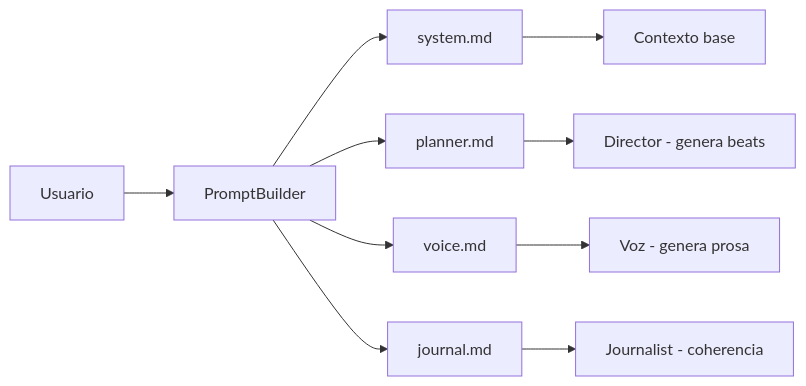
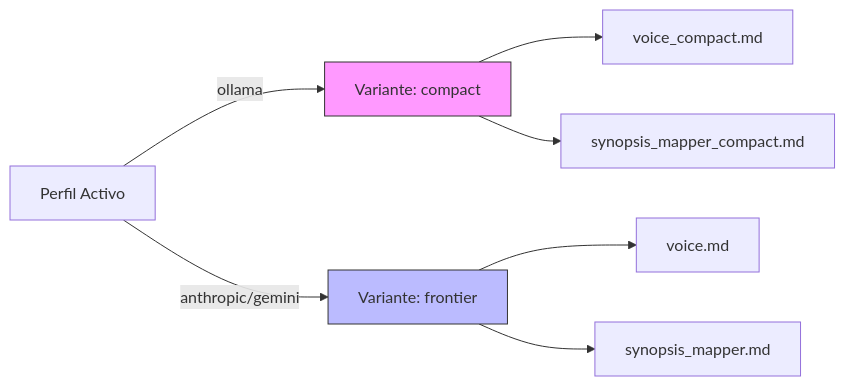
The second of 3 diagrams in README.md (rledesma912/automated_narrative), drawn with Mermaid before and after one commit. The commit also changed other lines of this file and 40 other files, not shown here.

Commit message:
fix: se agrega el spec de las definiciones de beats, se saca el planner.

````diff
--- a/README.md
+++ b/README.md
@@ -127,14 +52,14 @@
 ```mermaid
 flowchart LR
-    A[Usuario] --> B[PromptBuilder]
+    P[Perfil Activo] -->|ollama| C[Variante: compact]
+    P -->|anthropic/gemini| F[Variante: frontier]
     
-    B --> C[system.md]
-    B --> D[planner.md]
-    B --> E[voice.md]
-    B --> F[journal.md]
+    C --> C1[voice_compact.md]
+    C --> C2[synopsis_mapper_compact.md]
     
-    C --> G[Contexto base]
-    D --> H[Director - genera beats]
-    E --> I[Voz - genera prosa]
-    F --> J[Journalist - coherencia]
+    F --> F1[voice.md]
+    F --> F2[synopsis_mapper.md]
+    
+    style C fill:#f9f,stroke:#333
+    style F fill:#bbf,stroke:#333
 ```
````
